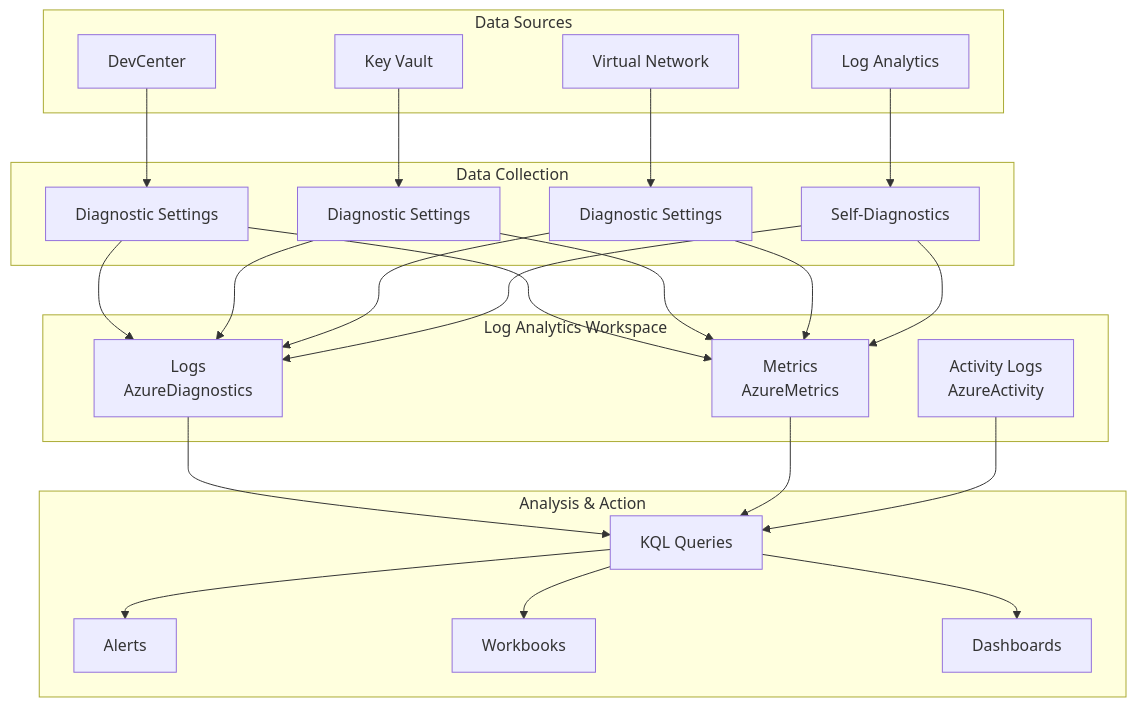
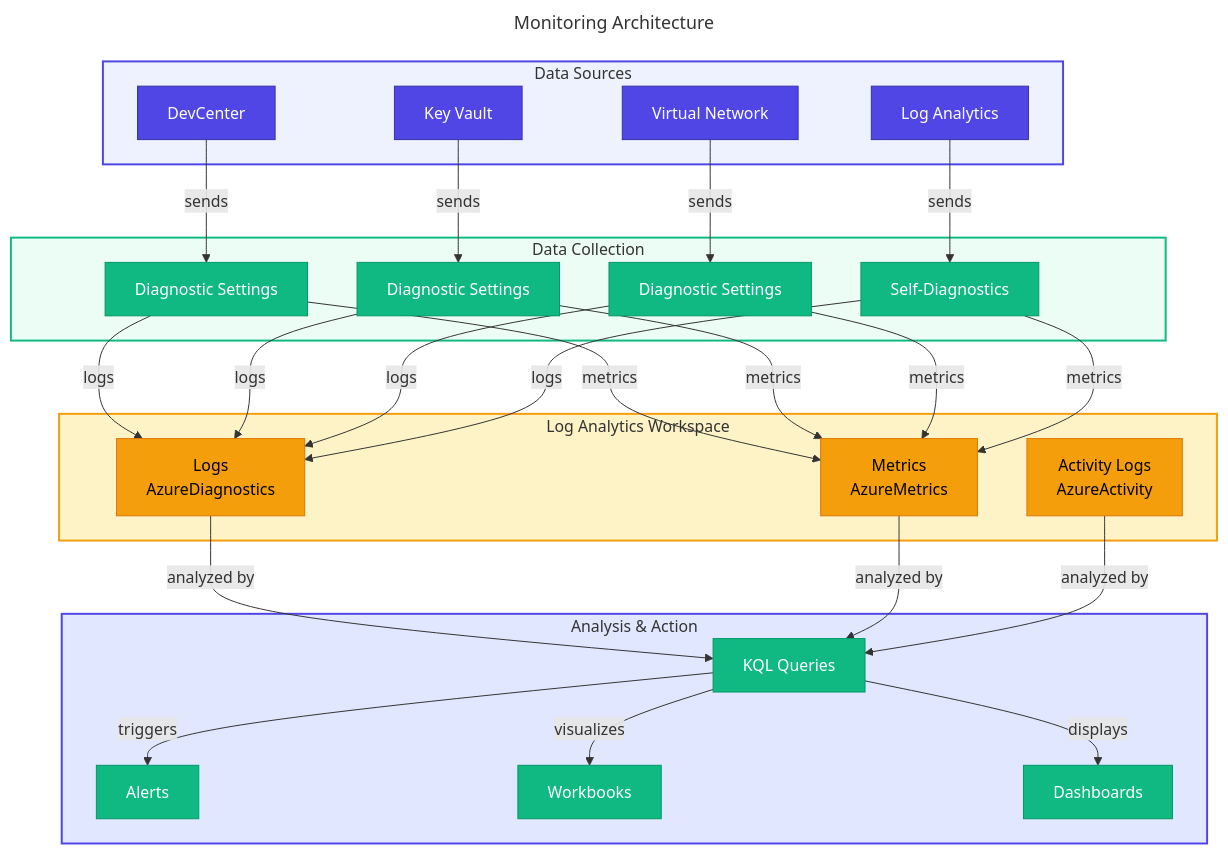
The ninth of 14 diagrams in docs/architecture/04-technology-architecture.md (Evilazaro/DevExp-DevBox), drawn with Mermaid before and after one commit. The commit also changed other lines of this file, not shown here.

Commit message:
Refactor identity and role diagrams to enhance clarity and detail in the technology architecture documentation

````diff
--- a/docs/architecture/04-technology-architecture.md
+++ b/docs/architecture/04-technology-architecture.md
@@ -680,51 +758,76 @@
 ```mermaid
+---
+title: Monitoring Architecture
+---
 flowchart TB
+    %% ===== STYLE DEFINITIONS =====
+    classDef primary fill:#4F46E5,stroke:#3730A3,color:#FFFFFF
+    classDef secondary fill:#10B981,stroke:#059669,color:#FFFFFF
+    classDef datastore fill:#F59E0B,stroke:#D97706,color:#000000
+
+    %% ===== DATA SOURCES =====
     subgraph Sources["Data Sources"]
-        DC[DevCenter]
-        KV[Key Vault]
-        VNET[Virtual Network]
-        LA_SELF[Log Analytics]
+        DC["DevCenter"]
+        KV["Key Vault"]
+        VNET["Virtual Network"]
+        LA_SELF["Log Analytics"]
     end
 
+    %% ===== DATA COLLECTION =====
     subgraph Collection["Data Collection"]
-        DIAG1[Diagnostic Settings]
-        DIAG2[Diagnostic Settings]
-        DIAG3[Diagnostic Settings]
-        DIAG4[Self-Diagnostics]
+        DIAG1["Diagnostic Settings"]
+        DIAG2["Diagnostic Settings"]
+        DIAG3["Diagnostic Settings"]
+        DIAG4["Self-Diagnostics"]
     end
 
+    %% ===== LOG ANALYTICS =====
     subgraph Analytics["Log Analytics Workspace"]
-        LOGS[Logs<br/>AzureDiagnostics]
-        METRICS[Metrics<br/>AzureMetrics]
-        ACTIVITY[Activity Logs<br/>AzureActivity]
+        LOGS["Logs<br/>AzureDiagnostics"]
+        METRICS["Metrics<br/>AzureMetrics"]
+        ACTIVITY["Activity Logs<br/>AzureActivity"]
     end
 
+    %% ===== OUTPUTS =====
     subgraph Outputs["Analysis & Action"]
-        QUERIES[KQL Queries]
-        ALERTS[Alerts]
-        WORKBOOKS[Workbooks]
-        DASHBOARD[Dashboards]
+        QUERIES["KQL Queries"]
+        ALERTS["Alerts"]
+        WORKBOOKS["Workbooks"]
+        DASHBOARD["Dashboards"]
     end
 
-    DC --> DIAG1
-    KV --> DIAG2
-    VNET --> DIAG3
-    LA_SELF --> DIAG4
+    %% ===== CONNECTIONS =====
+    DC -->|"sends"| DIAG1
+    KV -->|"sends"| DIAG2
+    VNET -->|"sends"| DIAG3
+    LA_SELF -->|"sends"| DIAG4
 
-    DIAG1 --> LOGS
-    DIAG1 --> METRICS
-    DIAG2 --> LOGS
-    DIAG2 --> METRICS
-    DIAG3 --> LOGS
-    DIAG3 --> METRICS
-    DIAG4 --> LOGS
-    DIAG4 --> METRICS
+    DIAG1 -->|"logs"| LOGS
+    DIAG1 -->|"metrics"| METRICS
+    DIAG2 -->|"logs"| LOGS
+    DIAG2 -->|"metrics"| METRICS
+    DIAG3 -->|"logs"| LOGS
+    DIAG3 -->|"metrics"| METRICS
+    DIAG4 -->|"logs"| LOGS
+    DIAG4 -->|"metrics"| METRICS
 
-    LOGS --> QUERIES
-    METRICS --> QUERIES
-    ACTIVITY --> QUERIES
+    LOGS -->|"analyzed by"| QUERIES
+    METRICS -->|"analyzed by"| QUERIES
+    ACTIVITY -->|"analyzed by"| QUERIES
 
-    QUERIES --> ALERTS
-    QUERIES --> WORKBOOKS
-    QUERIES --> DASHBOARD
+    QUERIES -->|"triggers"| ALERTS
+    QUERIES -->|"visualizes"| WORKBOOKS
+    QUERIES -->|"displays"| DASHBOARD
+
+    %% ===== APPLY STYLES =====
+    class DC,KV,VNET,LA_SELF primary
+    class DIAG1,DIAG2,DIAG3,DIAG4 secondary
+    class LOGS,METRICS,ACTIVITY datastore
+    class QUERIES,ALERTS,WORKBOOKS,DASHBOARD secondary
+
+    %% ===== SUBGRAPH STYLING =====
+    style Sources fill:#EEF2FF,stroke:#4F46E5,stroke-width:2px
+    style Collection fill:#ECFDF5,stroke:#10B981,stroke-width:2px
+    style Analytics fill:#FEF3C7,stroke:#F59E0B,stroke-width:2px
+    style Outputs fill:#E0E7FF,stroke:#4F46E5,stroke-width:2px
 ```
````
